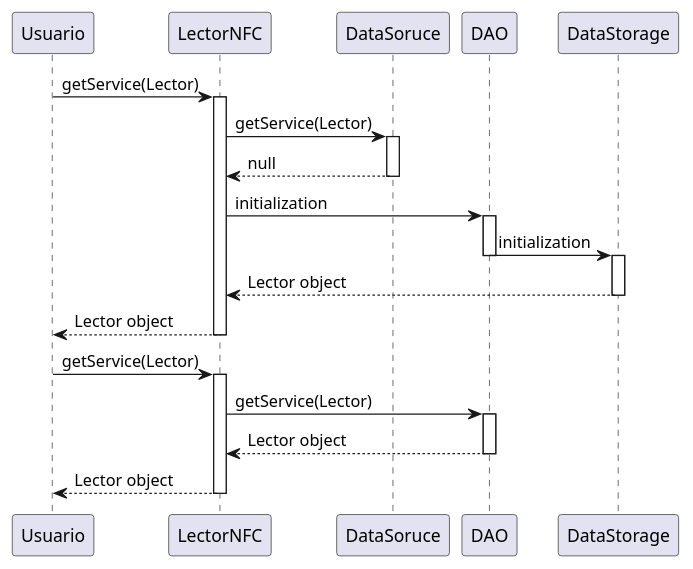
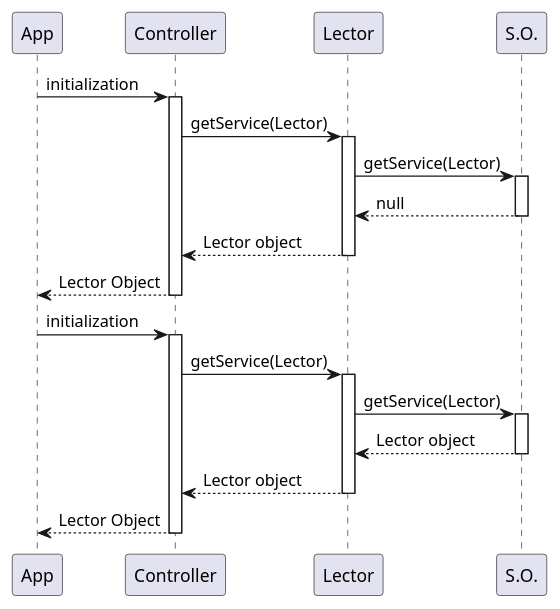
Before and after one commit to GirTabAleph/ProyectoSistemas: the diagram in Diseño/Diseño/6.Diagramas de secuencia/DiagramaSecuenciainicialización.puml, drawn with PlantUML.

```diff
--- a/Diseño/Diseño/6.Diagramas de secuencia/DiagramaSecuenciainicialización.puml
+++ b/Diseño/Diseño/6.Diagramas de secuencia/DiagramaSecuenciainicialización.puml
@@ -1,28 +1,29 @@
 @startuml
 
-Usuario -> LectorNFC: getService(Lector)
-activate LectorNFC
-LectorNFC -> DataSoruce: getService(Lector)
-activate DataSoruce
-DataSoruce --> LectorNFC: null
-deactivate DataSoruce
-LectorNFC -> DAO: initialization
-activate DAO
-DAO -> DataStorage: initialization
-deactivate DAO
-activate DataStorage
-DataStorage--> LectorNFC: Lector object
-deactivate DataStorage
-LectorNFC --> Usuario: Lector object
-deactivate LectorNFC
+App -> Controller: initialization
+activate Controller
+Controller -> Lector: getService(Lector)
+activate Lector
+Lector -> S.O. : getService(Lector)
+activate S.O.
+S.O. --> Lector: null
+deactivate S.O.
+Lector --> Controller: Lector object
+deactivate Lector
+Controller --> App: Lector Object
+deactivate Controller
 
-Usuario -> LectorNFC: getService(Lector)
-activate LectorNFC
-LectorNFC -> DAO: getService(Lector)
-activate DAO
-DAO --> LectorNFC: Lector object
-deactivate DAO
-LectorNFC --> Usuario: Lector object
-deactivate LectorNFC
+App -> Controller: initialization
+activate Controller
+Controller -> Lector: getService(Lector)
+activate Lector
+Lector -> S.O.: getService(Lector)
+activate S.O.
+S.O. --> Lector: Lector object
+deactivate S.O.
+Lector --> Controller: Lector object
+deactivate Lector
+Controller --> App: Lector Object
+deactivate Controller
 
 @enduml
```
